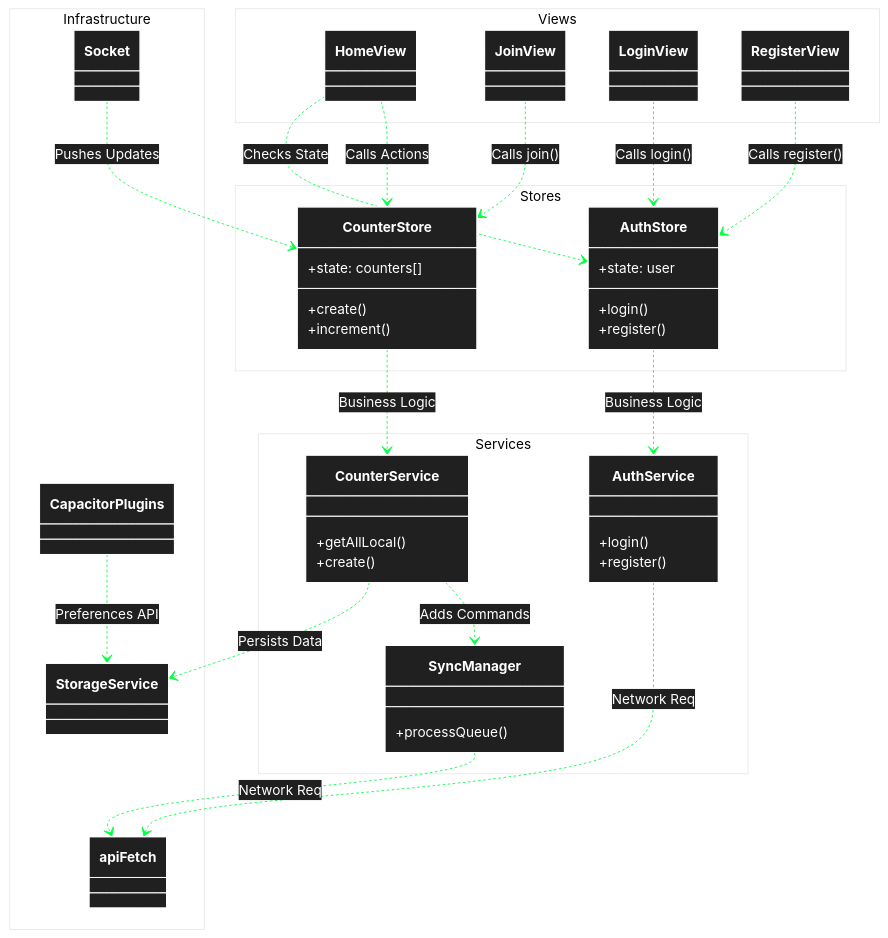
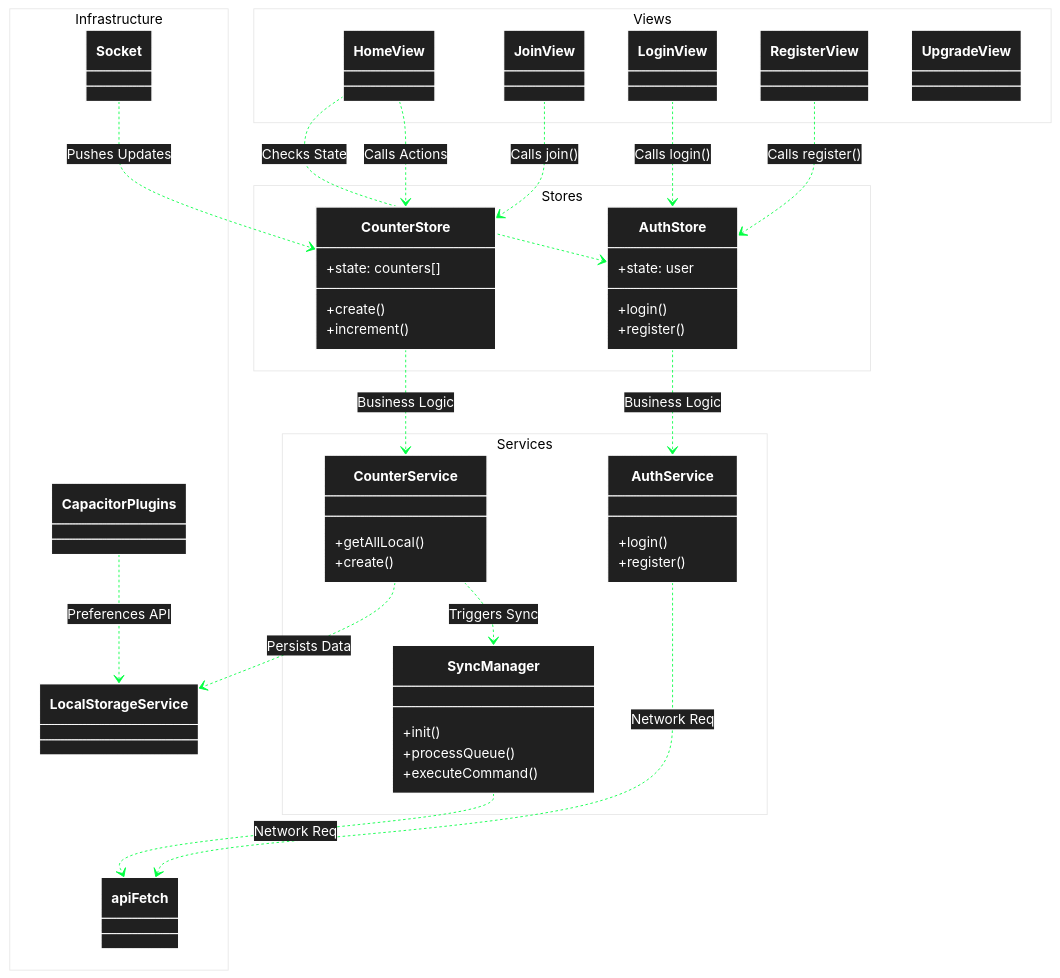
One commit to michaelgreenl/tally-tracker changed the diagram in docs/diagrams/architecture/client-data-flow.md. Above: the diagram before and after it, drawn with Mermaid. The commit also changed 6 other files, not shown here.

Commit message:
docs: align diagrams with implementation

````diff
--- a/docs/diagrams/architecture/client-data-flow.md
+++ b/docs/diagrams/architecture/client-data-flow.md
@@ -26,6 +26,7 @@
         class JoinView
         class LoginView
         class RegisterView
+        class UpgradeView
     }
 
     namespace Stores {
@@ -51,14 +52,16 @@
             +register()
         }
         class SyncManager {
+            +init()
             +processQueue()
+            +executeCommand()
         }
     }
 
     namespace Infrastructure {
         class apiFetch
         class Socket
-        class StorageService
+        class LocalStorageService
         class CapacitorPlugins
     }
 
@@ -73,12 +76,12 @@
     CounterStore ..> CounterService : Business Logic
     AuthStore ..> AuthService : Business Logic
 
-    CounterService ..> SyncManager : Adds Commands
-    CounterService ..> StorageService : Persists Data
+    CounterService ..> SyncManager : Triggers Sync
+    CounterService ..> LocalStorageService : Persists Data
 
     SyncManager ..> apiFetch : Network Req
     AuthService ..> apiFetch : Network Req
 
     Socket ..> CounterStore : Pushes Updates
-    CapacitorPlugins ..> StorageService : Preferences API
+    CapacitorPlugins ..> LocalStorageService : Preferences API
 ```
````
